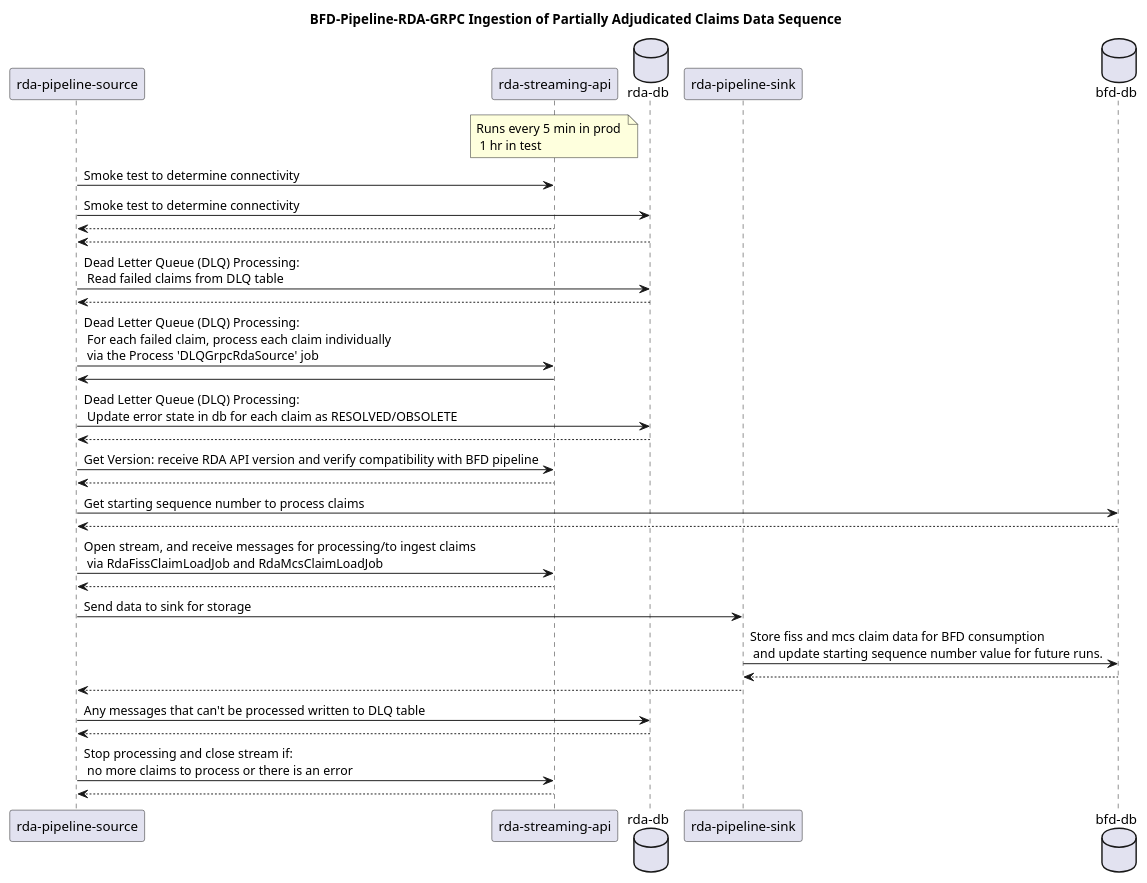
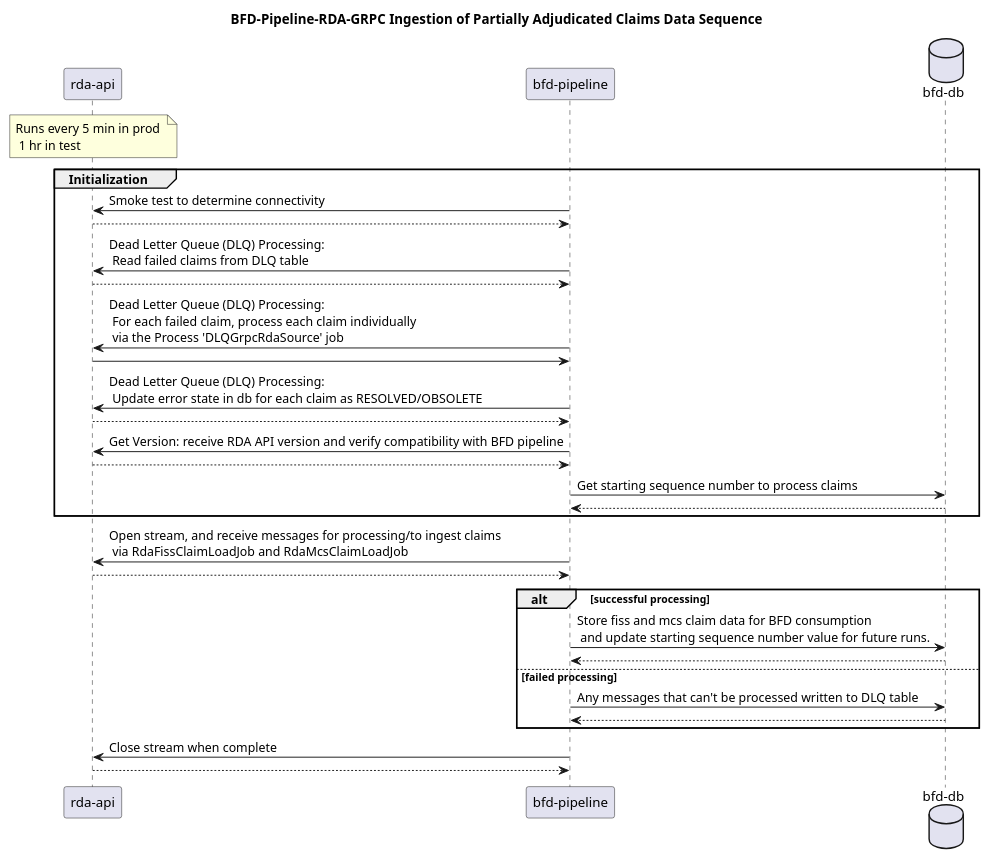
Before and after one commit to CMSgov/beneficiary-fhir-data: the diagram in docs/assets/fhir-resource-ingestion-digestion-diagrams/bfd-pipeline-rda-ingestion.plantuml, drawn with PlantUML. The commit also changed 1 other file, not shown here.

Commit message:
update rda diagram for simplicity and accuracy

```diff
--- a/docs/assets/fhir-resource-ingestion-digestion-diagrams/bfd-pipeline-rda-ingestion.plantuml
+++ b/docs/assets/fhir-resource-ingestion-digestion-diagrams/bfd-pipeline-rda-ingestion.plantuml
@@ -1,33 +1,32 @@
 @startuml
 title BFD-Pipeline-RDA-GRPC Ingestion of Partially Adjudicated Claims Data Sequence
-participant "rda-pipeline-source"
-participant "rda-streaming-api"
-database "rda-db"
-participant "rda-pipeline-sink"
+participant "rda-api"
+participant "bfd-pipeline"
 database "bfd-db"
-note over "rda-streaming-api": Runs every 5 min in prod \n 1 hr in test
-"rda-pipeline-source" -> "rda-streaming-api": Smoke test to determine connectivity
-"rda-pipeline-source" -> "rda-db": Smoke test to determine connectivity
-"rda-streaming-api" --> "rda-pipeline-source"  
-"rda-db" --> "rda-pipeline-source"
-"rda-pipeline-source" -> "rda-db": Dead Letter Queue (DLQ) Processing: \n Read failed claims from DLQ table
-"rda-db" --> "rda-pipeline-source"
-"rda-pipeline-source" -> "rda-streaming-api": Dead Letter Queue (DLQ) Processing: \n For each failed claim, process each claim individually \n via the Process 'DLQGrpcRdaSource' job
-"rda-streaming-api" -> "rda-pipeline-source"
-"rda-pipeline-source" -> "rda-db": Dead Letter Queue (DLQ) Processing: \n Update error state in db for each claim as RESOLVED/OBSOLETE
-"rda-db" --> "rda-pipeline-source"
-"rda-pipeline-source" -> "rda-streaming-api": Get Version: receive RDA API version and verify compatibility with BFD pipeline
-"rda-streaming-api" --> "rda-pipeline-source"
-"rda-pipeline-source" -> "bfd-db": Get starting sequence number to process claims
-"bfd-db" --> "rda-pipeline-source"
-"rda-pipeline-source" -> "rda-streaming-api": Open stream, and receive messages for processing/to ingest claims \n via RdaFissClaimLoadJob and RdaMcsClaimLoadJob
-"rda-streaming-api" --> "rda-pipeline-source"
-"rda-pipeline-source" -> "rda-pipeline-sink": Send data to sink for storage
-"rda-pipeline-sink" -> "bfd-db": Store fiss and mcs claim data for BFD consumption \n and update starting sequence number value for future runs.
-"bfd-db" --> "rda-pipeline-sink"
-"rda-pipeline-sink" --> "rda-pipeline-source"
-"rda-pipeline-source" -> "rda-db": Any messages that can't be processed written to DLQ table
-"rda-db" --> "rda-pipeline-source"
-"rda-pipeline-source" -> "rda-streaming-api": Stop processing and close stream if: \n no more claims to process or there is an error 
-"rda-streaming-api"--> "rda-pipeline-source"
+note over "rda-api": Runs every 5 min in prod \n 1 hr in test
+group Initialization
+"bfd-pipeline" -> "rda-api": Smoke test to determine connectivity
+"rda-api" --> "bfd-pipeline"  
+"bfd-pipeline" -> "rda-api": Dead Letter Queue (DLQ) Processing: \n Read failed claims from DLQ table
+"rda-api" --> "bfd-pipeline"
+"bfd-pipeline" -> "rda-api": Dead Letter Queue (DLQ) Processing: \n For each failed claim, process each claim individually \n via the Process 'DLQGrpcRdaSource' job
+"rda-api" -> "bfd-pipeline"
+"bfd-pipeline" -> "rda-api": Dead Letter Queue (DLQ) Processing: \n Update error state in db for each claim as RESOLVED/OBSOLETE
+"rda-api" --> "bfd-pipeline"
+"bfd-pipeline" -> "rda-api": Get Version: receive RDA API version and verify compatibility with BFD pipeline
+"rda-api" --> "bfd-pipeline"
+"bfd-pipeline" -> "bfd-db": Get starting sequence number to process claims
+"bfd-db" --> "bfd-pipeline"
+end
+"bfd-pipeline" -> "rda-api": Open stream, and receive messages for processing/to ingest claims \n via RdaFissClaimLoadJob and RdaMcsClaimLoadJob
+"rda-api" --> "bfd-pipeline"
+alt successful processing
+"bfd-pipeline" -> "bfd-db": Store fiss and mcs claim data for BFD consumption \n and update starting sequence number value for future runs.
+"bfd-db" --> "bfd-pipeline"
+else failed processing
+"bfd-pipeline" -> "bfd-db": Any messages that can't be processed written to DLQ table
+"bfd-db" --> "bfd-pipeline"
+end
+"bfd-pipeline" -> "rda-api": Close stream when complete
+"rda-api"--> "bfd-pipeline"
 @enduml
```
